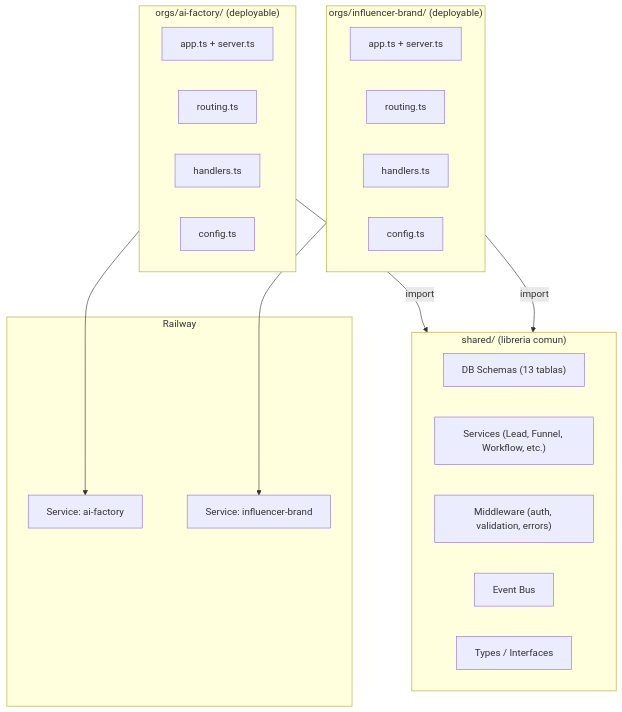
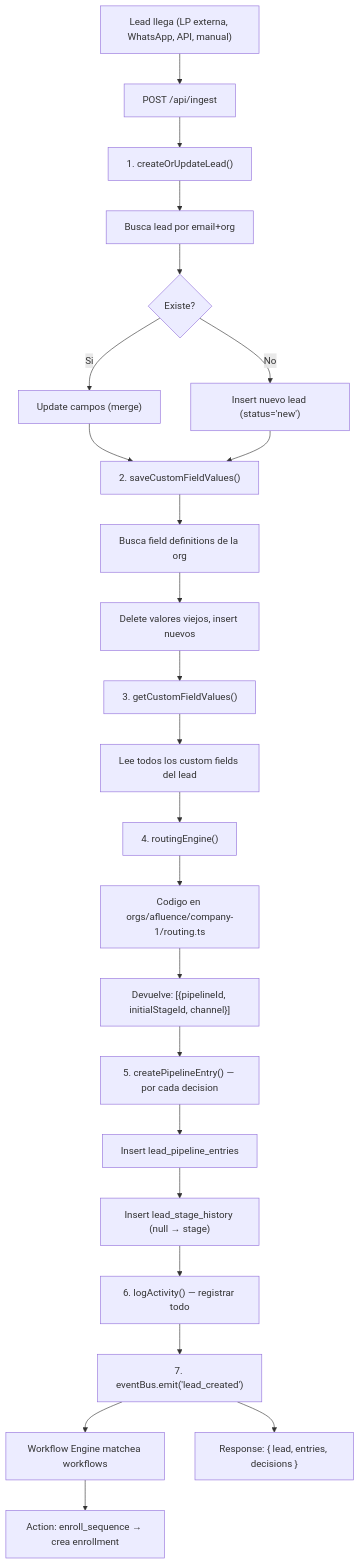
One commit to afluence-holding/marketing-funnel changed the first of 3 diagrams in docs/MVP-ARCHITECTURE.md. Above: the diagram before and after it, drawn with Mermaid. The commit also changed other lines of this file and 81 other files, not shown here.

````diff
--- a/docs/MVP-ARCHITECTURE.md
+++ b/docs/MVP-ARCHITECTURE.md
@@ -60,35 +166,27 @@
 ```mermaid
-flowchart TB
-    subgraph shared ["shared/ (libreria comun)"]
-        DB["DB Schemas (13 tablas)"]
-        Services["Services (Lead, Funnel, Workflow, etc.)"]
-        MW["Middleware (auth, validation, errors)"]
-        Events["Event Bus"]
-        Types["Types / Interfaces"]
-    end
-
-    subgraph org1 ["orgs/ai-factory/ (deployable)"]
-        App1["app.ts + server.ts"]
-        Routing1["routing.ts"]
-        Handlers1["handlers.ts"]
-        Config1["config.ts"]
-    end
-
-    subgraph org2 ["orgs/influencer-brand/ (deployable)"]
-        App2["app.ts + server.ts"]
-        Routing2["routing.ts"]
-        Handlers2["handlers.ts"]
-        Config2["config.ts"]
-    end
-
-    org1 -->|"import"| shared
-    org2 -->|"import"| shared
-
-    subgraph deploy ["Railway"]
-        R1["Service: ai-factory"]
-        R2["Service: influencer-brand"]
-    end
-
-    org1 --> R1
-    org2 --> R2
+flowchart TD
+    Entry["Lead llega (LP externa, WhatsApp, API, manual)"]
+    Entry --> POST["POST /api/ingest"]
+    POST --> S1["1. createOrUpdateLead()"]
+    S1 --> S1a["Busca lead por email+org"]
+    S1a --> S1b{"Existe?"}
+    S1b -->|Si| S1c["Update campos (merge)"]
+    S1b -->|No| S1d["Insert nuevo lead (status='new')"]
+    S1c --> S2["2. saveCustomFieldValues()"]
+    S1d --> S2
+    S2 --> S2a["Busca field definitions de la org"]
+    S2a --> S2b["Delete valores viejos, insert nuevos"]
+    S2b --> S3["3. getCustomFieldValues()"]
+    S3 --> S3a["Lee todos los custom fields del lead"]
+    S3a --> S4["4. routingEngine()"]
+    S4 --> S4a["Codigo en orgs/afluence/company-1/routing.ts"]
+    S4a --> S4b["Devuelve: [{pipelineId, initialStageId, channel}]"]
+    S4b --> S5["5. createPipelineEntry() — por cada decision"]
+    S5 --> S5a["Insert lead_pipeline_entries"]
+    S5a --> S5b["Insert lead_stage_history (null → stage)"]
+    S5b --> S6["6. logActivity() — registrar todo"]
+    S6 --> S7["7. eventBus.emit('lead_created')"]
+    S7 --> WF["Workflow Engine matchea workflows"]
+    WF --> Enroll["Action: enroll_sequence → crea enrollment"]
+    S7 --> Done["Response: { lead, entries, decisions }"]
 ```
````
